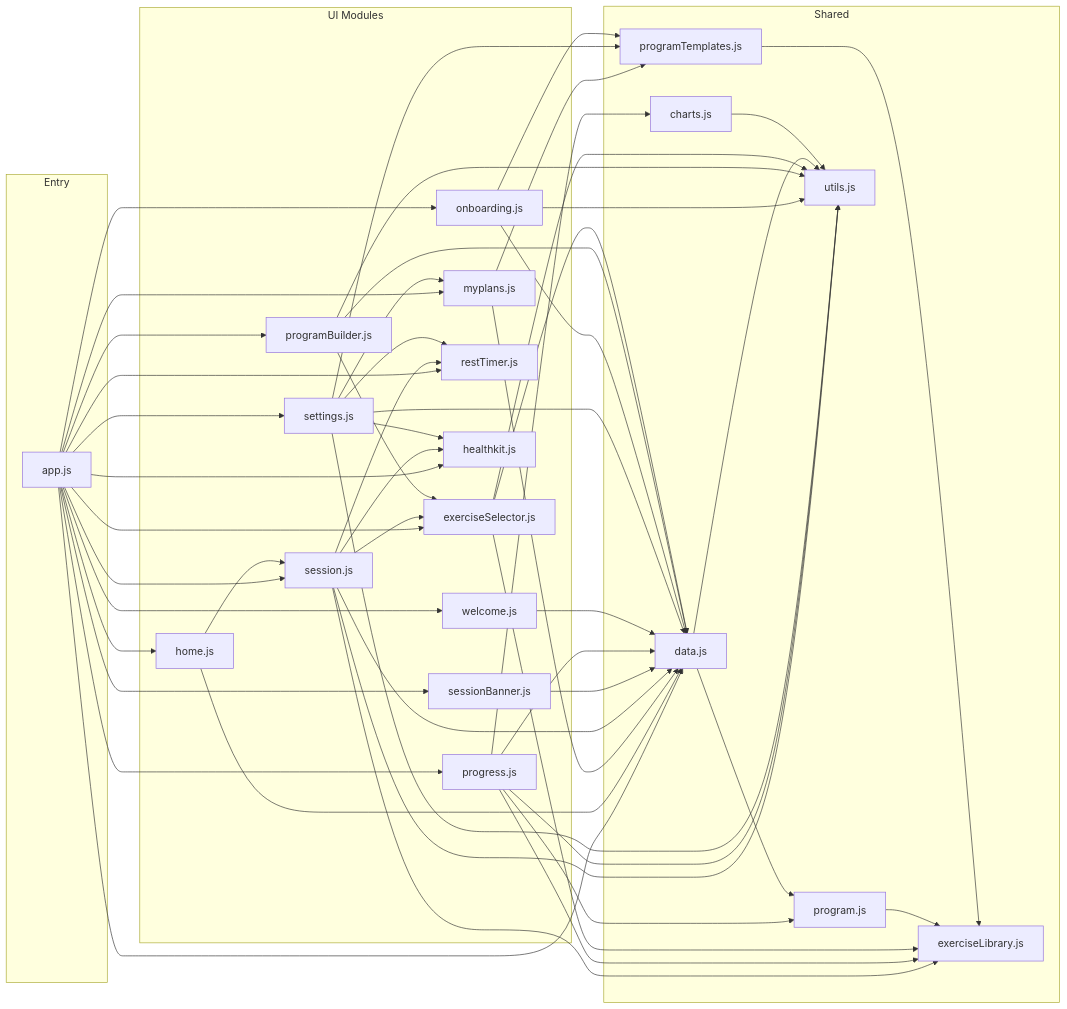
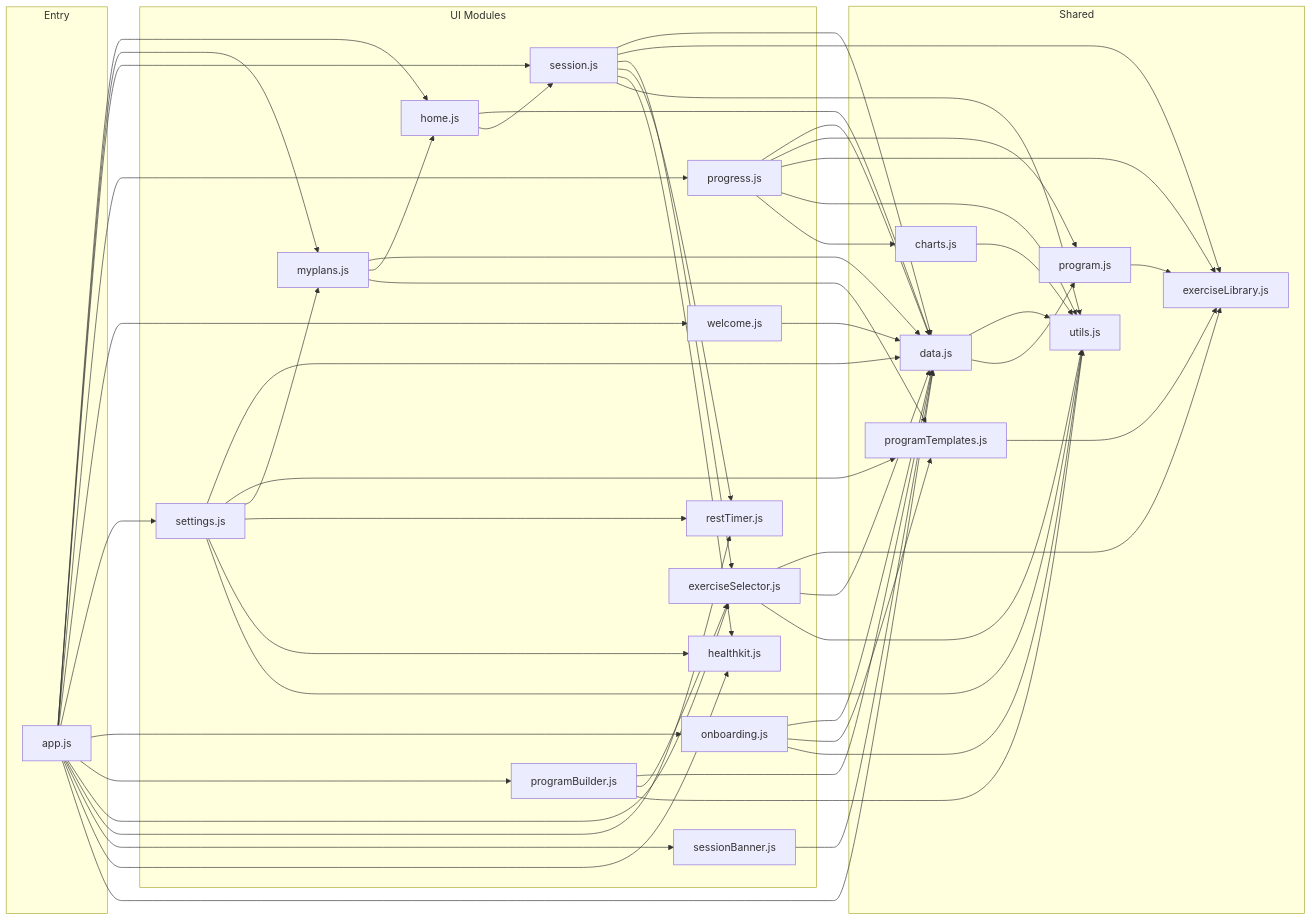
The second of 8 diagrams in ARCHITECTURE.md (reidrussell-alt/plate-log), drawn with Mermaid before and after one commit. The commit also changed other lines of this file and 8 other files, not shown here.

```diff
--- a/ARCHITECTURE.md
+++ b/ARCHITECTURE.md
@@ -135,6 +135,7 @@
     home.js --> session.js
 
     myplans.js --> data.js
+    myplans.js --> home.js
     myplans.js --> programTemplates.js
 
     session.js --> data.js
```
